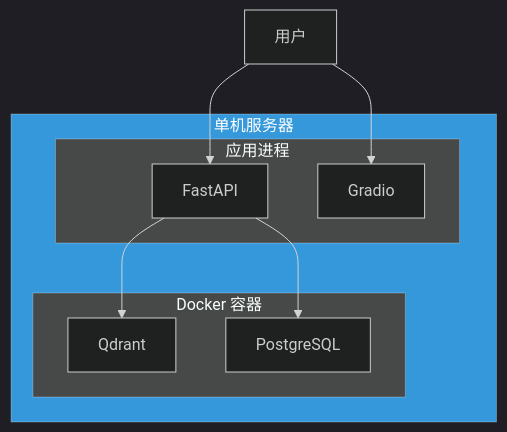
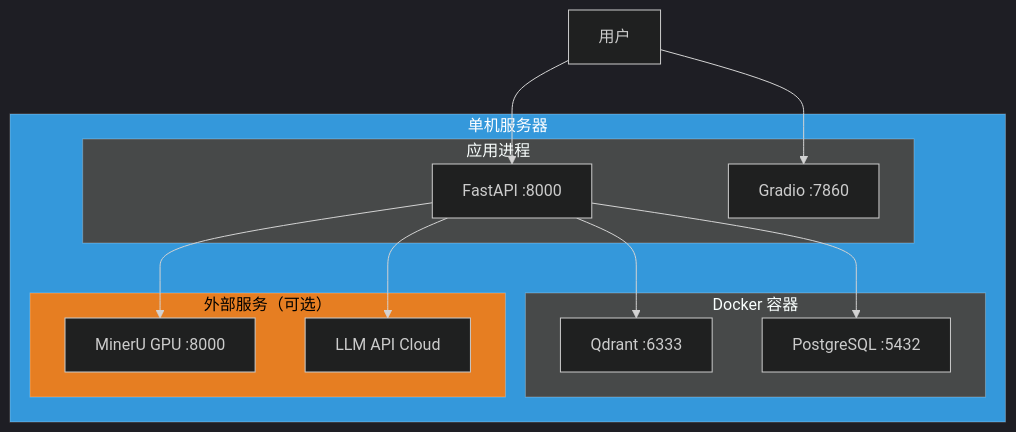
Before and after one commit to lwfeng-ch/rag_graph: diagram 12 of 14 in ARCHITECTURE.md, drawn with Mermaid. The commit also changed other lines of this file and 54 other files, not shown here.

````diff
--- a/ARCHITECTURE.md
+++ b/ARCHITECTURE.md
@@ -625,22 +653,30 @@
 ```mermaid
 %%{init: {'theme': 'dark'}}%%
 flowchart TB
     subgraph Server["单机服务器"]
         subgraph Docker["Docker 容器"]
-            Q[Qdrant]
-            PG[PostgreSQL]
+            Q[Qdrant :6333]
+            PG[PostgreSQL :5432]
         end
         
         subgraph App["应用进程"]
-            API[FastAPI]
-            WEB[Gradio]
+            API[FastAPI :8000]
+            WEB[Gradio :7860]
+        end
+        
+        subgraph External["外部服务（可选）"]
+            M[MinerU GPU :8000]
+            L[LLM API Cloud]
         end
     end
     
     USER[用户] --> API
     USER --> WEB
     API --> Q
     API --> PG
+    API --> L
+    API --> M
     
     style Server fill:#3498db,color:#fff
+    style External fill:#e67e22,color:#000
 ```
````
